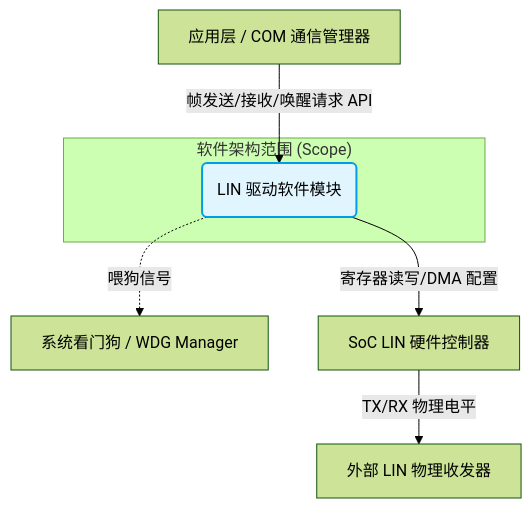
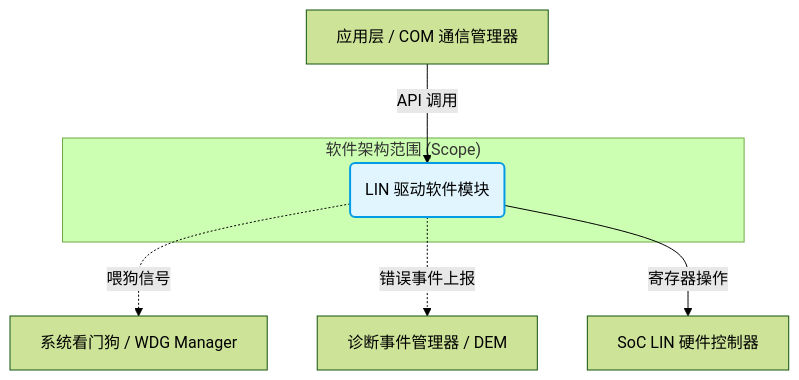
One commit to Mastang1/notes_md changed the first of 4 diagrams in software_project/architecture_etc/architecture design-ASPICE.md. Above: the diagram before and after it, drawn with Mermaid (forest theme). The commit also changed other lines of this file and 1 other file, not shown here.

````diff
--- a/software_project/architecture_etc/architecture design-ASPICE.md
+++ b/software_project/architecture_etc/architecture design-ASPICE.md
@@ -31,23 +53,19 @@
 ```mermaid
 graph TD
-    %% 外部依赖与调用方
     App["应用层 / COM 通信管理器"]
     Wdg["系统看门狗 / WDG Manager"]
+    Dem["诊断事件管理器 / DEM"]
     
-    %% 目标系统 (黑盒)
     subgraph Target_System ["软件架构范围 (Scope)"]
         Sys("LIN 驱动软件模块")
     end
     
-    %% 外部硬件环境
     HW_Ctrl["SoC LIN 硬件控制器"]
-    HW_Xcvr["外部 LIN 物理收发器"]
 
-    %% 交互链路
-    App -->|"帧发送/接收/唤醒请求 API"| Sys
+    App -->|"API 调用"| Sys
     Sys -.->|"喂狗信号"| Wdg
-    Sys -->|"寄存器读写/DMA 配置"| HW_Ctrl
-    HW_Ctrl -->|"TX/RX 物理电平"| HW_Xcvr
+    Sys -.->|"错误事件上报"| Dem
+    Sys -->|"寄存器操作"| HW_Ctrl
     
     style Sys fill:#e1f5fe,stroke:#039be5,stroke-width:2px
 ```
````
